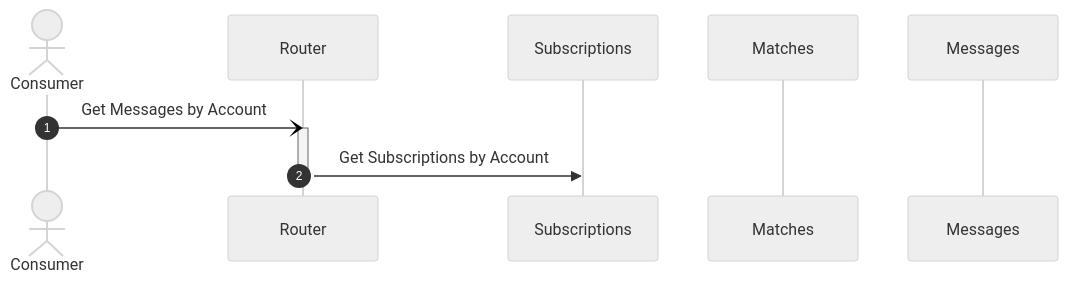
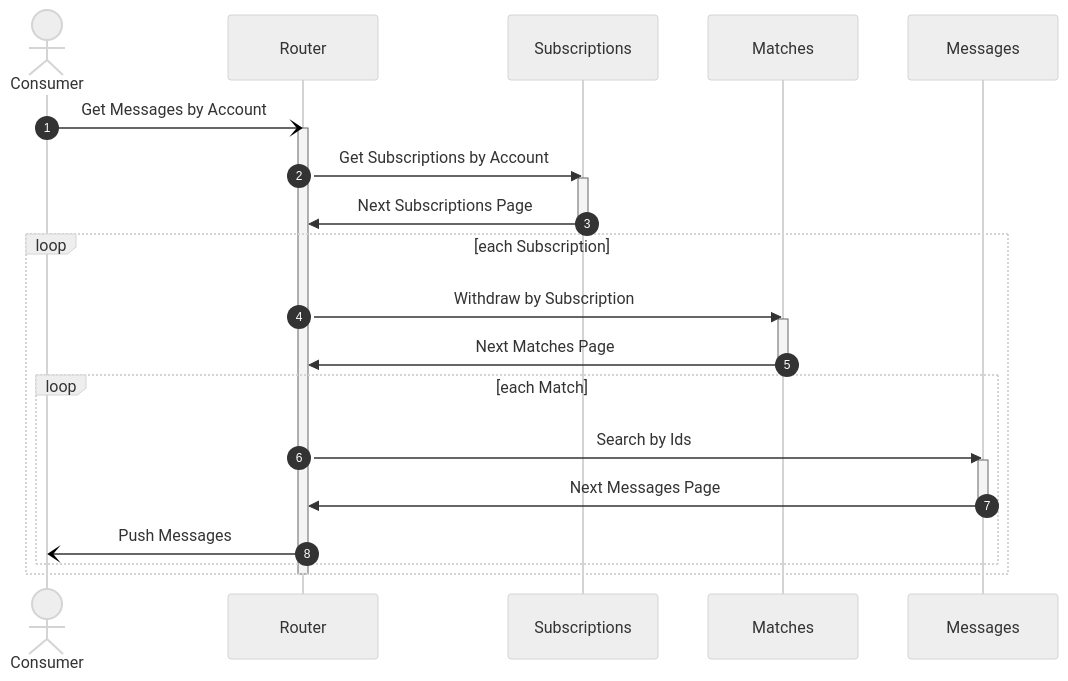
One commit to awakari/.github changed the second of 2 diagrams in profile/README.md. Above: the diagram before and after it, drawn with Mermaid.

Commit message:
readme update

````diff
--- a/profile/README.md
+++ b/profile/README.md
@@ -173,18 +173,41 @@
 ```mermaid
 %%{init: {'theme': 'neutral' } }%%
 sequenceDiagram
 
     autonumber
 
     actor Consumer
     participant Router
     participant Subscriptions
     participant Matches
     participant Messages
 
     Consumer-)Router: Get Messages by Account
     activate Router
     Router->>Subscriptions: Get Subscriptions by Account
+    
+    activate Subscriptions
+    Subscriptions->>Router: Next Subscriptions Page
+    deactivate Subscriptions
+    
+    loop each Subscription
+    
+        Router->>Matches: Withdraw by Subscription
+        activate Matches
+        Matches->>Router: Next Matches Page
+        deactivate Matches
+        
+        loop each Match
+            
+            Router->>Messages: Search by Ids
+            activate Messages
+            Messages->>Router: Next Messages Page
+            deactivate Messages
+            Router-)Consumer: Push Messages
+            
+        end
+         
+    end
         
     deactivate Router
 ```
````
